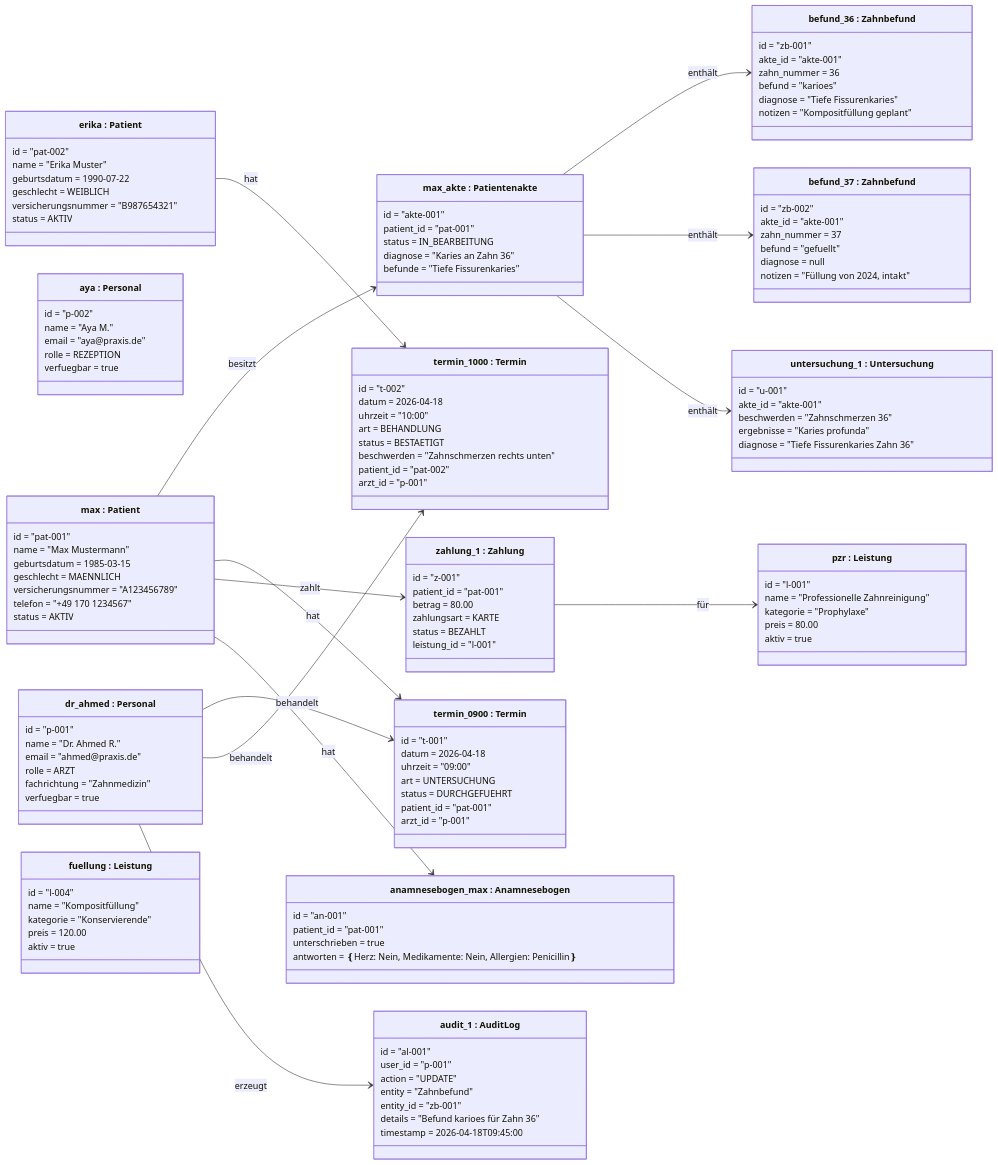
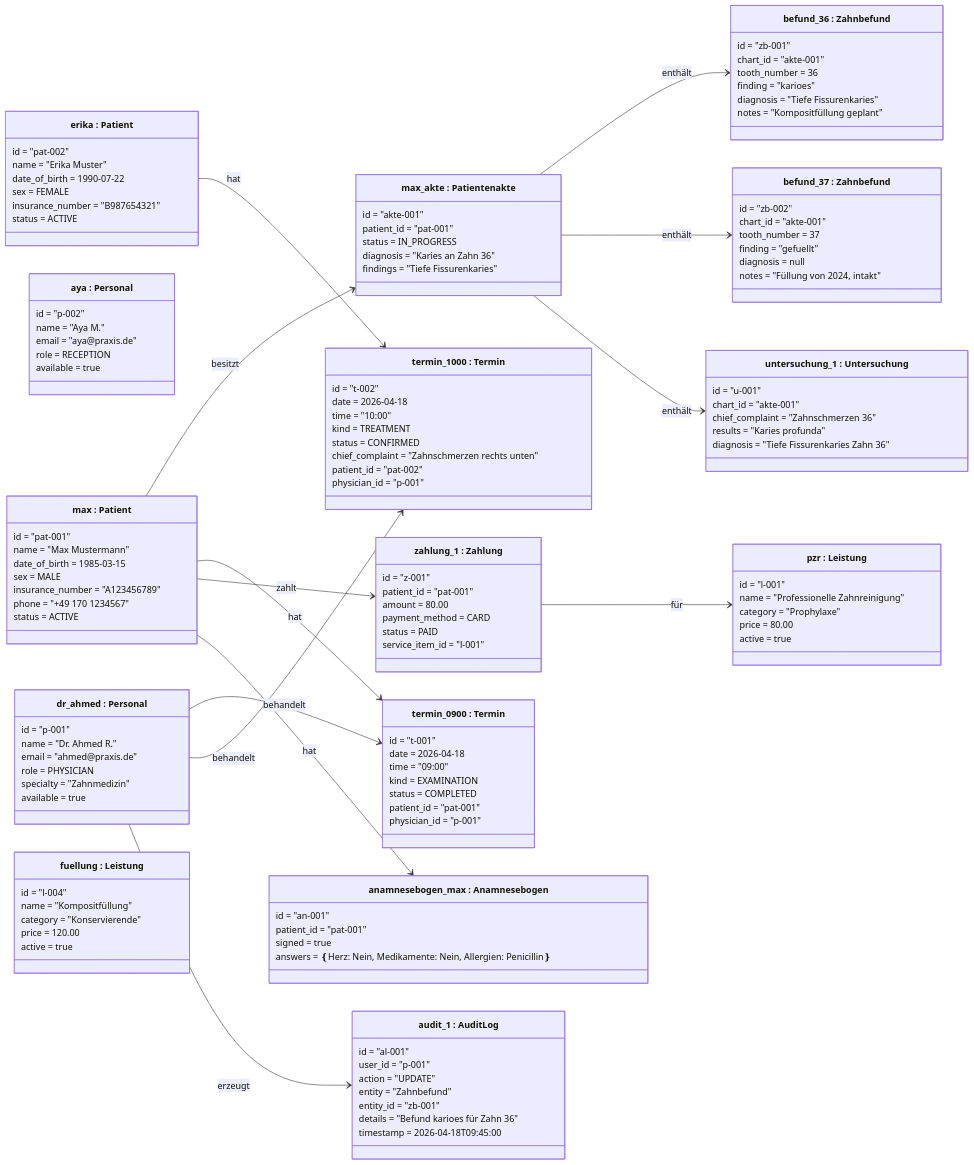
Before and after one commit to Achrafbennanizia/Medoc: the diagram in docs/uml/07-object-diagram.md, drawn with Mermaid. The commit also changed other lines of this file and 1081 other files, not shown here.

```diff
--- a/docs/uml/07-object-diagram.md
+++ b/docs/uml/07-object-diagram.md
@@ -13,116 +13,116 @@
         id = "p-001"
         name = "Dr. Ahmed R."
         email = "ahmed@praxis.de"
-        rolle = ARZT
-        fachrichtung = "Zahnmedizin"
-        verfuegbar = true
+        role = PHYSICIAN
+        specialty = "Zahnmedizin"
+        available = true
     }
 
     class `aya : Personal` {
         id = "p-002"
         name = "Aya M."
         email = "aya@praxis.de"
-        rolle = REZEPTION
-        verfuegbar = true
+        role = RECEPTION
+        available = true
     }
 
     class `max : Patient` {
         id = "pat-001"
         name = "Max Mustermann"
-        geburtsdatum = 1985-03-15
-        geschlecht = MAENNLICH
-        versicherungsnummer = "A123456789"
-        telefon = "+49 170 1234567"
-        status = AKTIV
+        date_of_birth = 1985-03-15
+        sex = MALE
+        insurance_number = "A123456789"
+        phone = "+49 170 1234567"
+        status = ACTIVE
     }
 
     class `erika : Patient` {
         id = "pat-002"
         name = "Erika Muster"
-        geburtsdatum = 1990-07-22
-        geschlecht = WEIBLICH
-        versicherungsnummer = "B987654321"
-        status = AKTIV
+        date_of_birth = 1990-07-22
+        sex = FEMALE
+        insurance_number = "B987654321"
+        status = ACTIVE
     }
 
     class `max_akte : Patientenakte` {
         id = "akte-001"
         patient_id = "pat-001"
-        status = IN_BEARBEITUNG
-        diagnose = "Karies an Zahn 36"
-        befunde = "Tiefe Fissurenkaries"
+        status = IN_PROGRESS
+        diagnosis = "Karies an Zahn 36"
+        findings = "Tiefe Fissurenkaries"
     }
 
     class `termin_0900 : Termin` {
         id = "t-001"
-        datum = 2026-04-18
-        uhrzeit = "09:00"
-        art = UNTERSUCHUNG
-        status = DURCHGEFUEHRT
+        date = 2026-04-18
+        time = "09:00"
+        kind = EXAMINATION
+        status = COMPLETED
         patient_id = "pat-001"
-        arzt_id = "p-001"
+        physician_id = "p-001"
     }
 
     class `termin_1000 : Termin` {
         id = "t-002"
-        datum = 2026-04-18
-        uhrzeit = "10:00"
-        art = BEHANDLUNG
-        status = BESTAETIGT
-        beschwerden = "Zahnschmerzen rechts unten"
+        date = 2026-04-18
+        time = "10:00"
+        kind = TREATMENT
+        status = CONFIRMED
+        chief_complaint = "Zahnschmerzen rechts unten"
         patient_id = "pat-002"
-        arzt_id = "p-001"
+        physician_id = "p-001"
     }
 
     class `befund_36 : Zahnbefund` {
         id = "zb-001"
-        akte_id = "akte-001"
-        zahn_nummer = 36
-        befund = "karioes"
-        diagnose = "Tiefe Fissurenkaries"
-        notizen = "Kompositfüllung geplant"
+        chart_id = "akte-001"
+        tooth_number = 36
+        finding = "karioes"
+        diagnosis = "Tiefe Fissurenkaries"
+        notes = "Kompositfüllung geplant"
     }
 
     class `befund_37 : Zahnbefund` {
         id = "zb-002"
-        akte_id = "akte-001"
-        zahn_nummer = 37
-        befund = "gefuellt"
-        diagnose = null
-        notizen = "Füllung von 2024, intakt"
+        chart_id = "akte-001"
+        tooth_number = 37
+        finding = "gefuellt"
+        diagnosis = null
+        notes = "Füllung von 2024, intakt"
     }
 
     class `untersuchung_1 : Untersuchung` {
         id = "u-001"
-        akte_id = "akte-001"
-        beschwerden = "Zahnschmerzen 36"
-        ergebnisse = "Karies profunda"
-        diagnose = "Tiefe Fissurenkaries Zahn 36"
+        chart_id = "akte-001"
+        chief_complaint = "Zahnschmerzen 36"
+        results = "Karies profunda"
+        diagnosis = "Tiefe Fissurenkaries Zahn 36"
     }
 
     class `zahlung_1 : Zahlung` {
         id = "z-001"
         patient_id = "pat-001"
-        betrag = 80.00
-        zahlungsart = KARTE
-        status = BEZAHLT
-        leistung_id = "l-001"
+        amount = 80.00
+        payment_method = CARD
+        status = PAID
+        service_item_id = "l-001"
     }
 
     class `pzr : Leistung` {
         id = "l-001"
         name = "Professionelle Zahnreinigung"
-        kategorie = "Prophylaxe"
-        preis = 80.00
-        aktiv = true
+        category = "Prophylaxe"
+        price = 80.00
+        active = true
     }
 
     class `fuellung : Leistung` {
         id = "l-004"
         name = "Kompositfüllung"
-        kategorie = "Konservierende"
-        preis = 120.00
-        aktiv = true
+        category = "Konservierende"
+        price = 120.00
+        active = true
     }
 
     class `audit_1 : AuditLog` {
@@ -138,8 +138,8 @@
     class `anamnesebogen_max : Anamnesebogen` {
         id = "an-001"
         patient_id = "pat-001"
-        unterschrieben = true
-        antworten = ❴Herz: Nein, Medikamente: Nein, Allergien: Penicillin❵
+        signed = true
+        answers = ❴Herz: Nein, Medikamente: Nein, Allergien: Penicillin❵
     }
 
     %% Relationships
```
